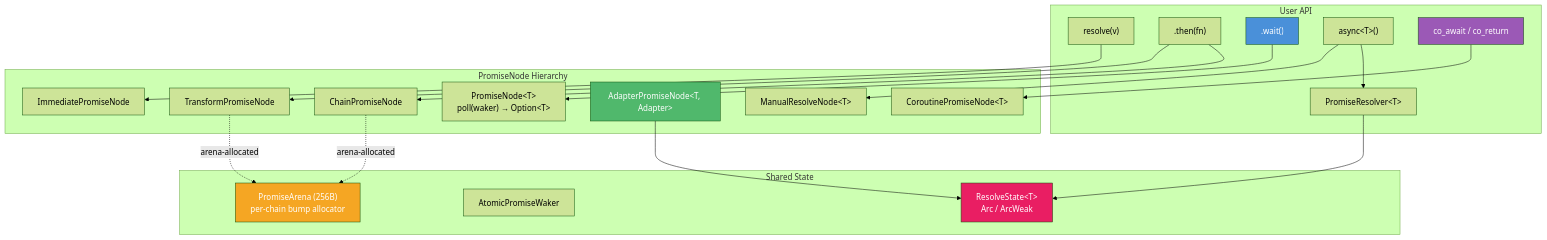
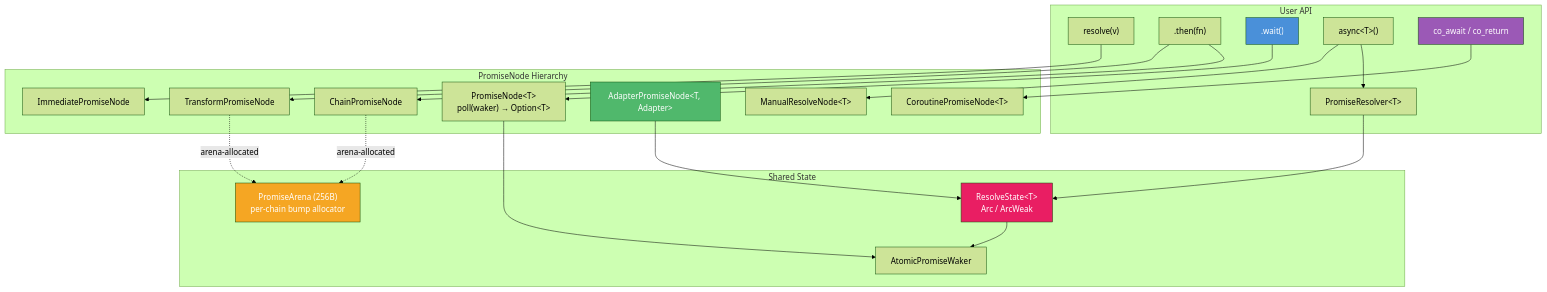
One commit to mivinci/x changed the diagram in docs/libxpp/promise/README.md. Above: the diagram before and after it, drawn with Mermaid (forest theme). The commit also changed other lines of this file, not shown here.

````diff
--- a/docs/libxpp/promise/README.md
+++ b/docs/libxpp/promise/README.md
@@ -44,45 +46,47 @@
 ```mermaid
 graph TD
     subgraph "User API"
         PR["resolve(v)"]
         CHAIN[".then(fn)"]
         WAIT[".wait()"]
         ASYNC["async&lt;T&gt;()"]
         PRR["PromiseResolver&lt;T&gt;"]
         CORO["co_await / co_return"]
     end
 
     subgraph "PromiseNode Hierarchy"
         BASE["PromiseNode&lt;T&gt;<br/>poll(waker) → Option&lt;T&gt;"]
         IMM["ImmediatePromiseNode"]
         TRANS["TransformPromiseNode"]
         CHAINP["ChainPromiseNode"]
         ADAPT["AdapterPromiseNode&lt;T, Adapter&gt;"]
         MANUAL["ManualResolveNode&lt;T&gt;"]
         COROP["CoroutinePromiseNode&lt;T&gt;"]
     end
 
     subgraph "Shared State"
         RS["ResolveState&lt;T&gt;<br/>Arc / ArcWeak"]
         AW["AtomicPromiseWaker"]
         ARENA["PromiseArena (256B)<br/>per-chain bump allocator"]
     end
 
     PR --> IMM
     CHAIN --> TRANS
     CHAIN --> CHAINP
     ASYNC --> MANUAL
     ASYNC --> PRR
     PRR --> RS
     ADAPT --> RS
     CORO --> COROP
     WAIT --> BASE
+    BASE --> AW
+    RS --> AW
     TRANS -.->|arena-allocated| ARENA
     CHAINP -.->|arena-allocated| ARENA
 
     style WAIT fill:#4a90d9,color:#fff
     style RS fill:#e91e63,color:#fff
     style ADAPT fill:#50b86c,color:#fff
     style ARENA fill:#f5a623,color:#fff
     style CORO fill:#9b59b6,color:#fff
 ```
````
